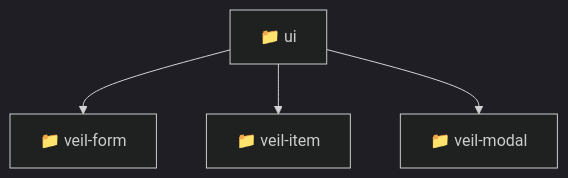
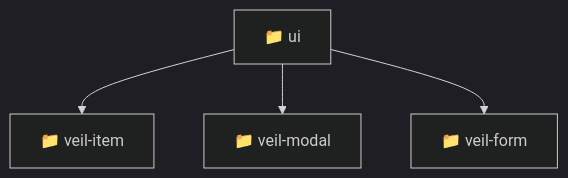
Before and after one commit to beginwebdev2002/fullstack-mavluda: the diagram in frontend/src/pages/veil/ui/README.md, drawn with Mermaid (dark theme). The commit also changed other lines of this file and 166 other files, not shown here.

First line of the commit message:
docs: generate repository-wide architectural README files

````diff
--- a/frontend/src/pages/veil/ui/README.md
+++ b/frontend/src/pages/veil/ui/README.md
@@ -11,7 +11,10 @@
 ```mermaid
 graph TD
-  Root["📁 ui"]
-  Root --> veil-form["📁 veil-form"]
-  Root --> veil-item["📁 veil-item"]
-  Root --> veil-modal["📁 veil-modal"]
+  f_Root_ui["📁 ui"]
+  f_Dir_veil_item["📁 veil-item"]
+  f_Root_ui --> f_Dir_veil_item
+  f_Dir_veil_modal["📁 veil-modal"]
+  f_Root_ui --> f_Dir_veil_modal
+  f_Dir_veil_form["📁 veil-form"]
+  f_Root_ui --> f_Dir_veil_form
 ```
````
